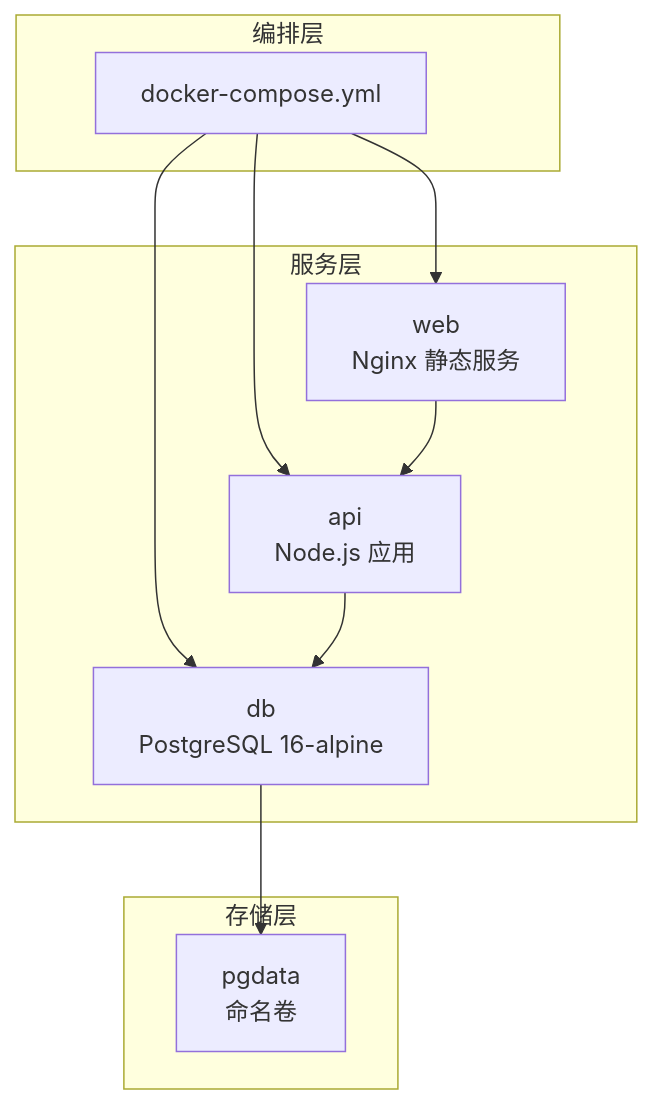
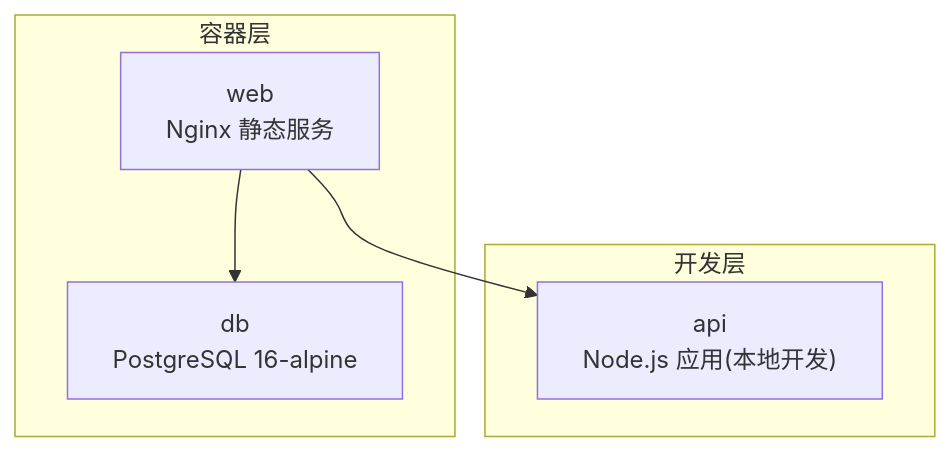
One commit to hanksd769-droid/sailshub changed the first of 4 diagrams in .qoder/repowiki/zh/content/部署与运维/Docker 容器化.md. Above: the diagram before and after it, drawn with Mermaid. The commit also changed other lines of this file and 6 other files, not shown here.

````diff
--- a/.qoder/repowiki/zh/content/部署与运维/Docker 容器化.md
+++ b/.qoder/repowiki/zh/content/部署与运维/Docker 容器化.md
@@ -40,20 +38,12 @@
 ```mermaid
 graph TB
-subgraph "编排层"
-DC["docker-compose.yml"]
+subgraph "容器层"
+WEB["web<br/>Nginx 静态服务"]
+DB["db<br/>PostgreSQL 16-alpine"]
 end
-subgraph "服务层"
-DB["db<br/>PostgreSQL 16-alpine"]
-API["api<br/>Node.js 应用"]
-WEB["web<br/>Nginx 静态服务"]
+subgraph "开发层"
+API["api<br/>Node.js 应用(本地开发)"]
 end
-subgraph "存储层"
-VOL["pgdata<br/>命名卷"]
-end
-DC --> DB
-DC --> API
-DC --> WEB
-DB --> VOL
-API --> DB
 WEB --> API
+WEB --> DB
 ```
````
